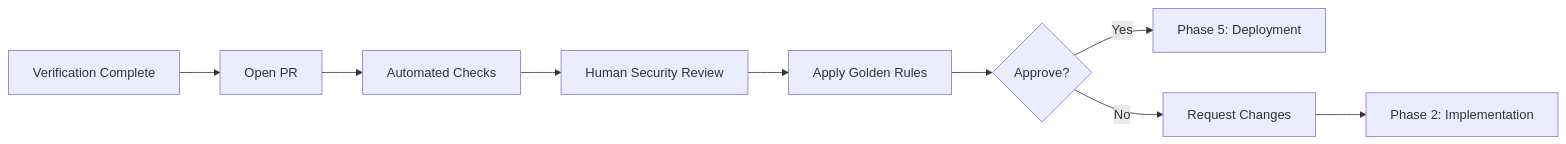
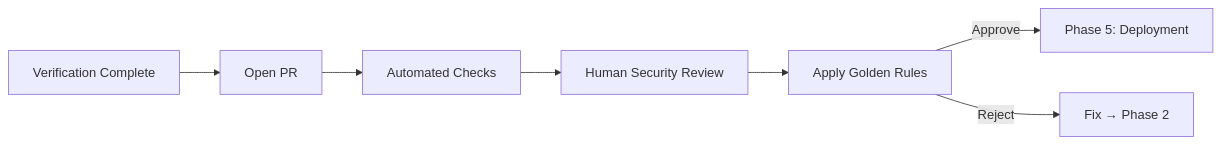
Before and after one commit to AliceNN-ucdenver/MaintainabilityAI: the diagram in site-tw/public/docs/sdlc/phase4-governance.md, drawn with Mermaid. The commit also changed other lines of this file and 99 other files, not shown here.

````diff
--- a/site-tw/public/docs/sdlc/phase4-governance.md
+++ b/site-tw/public/docs/sdlc/phase4-governance.md
@@ -26,11 +18,9 @@
 ```mermaid
 flowchart LR
     A[Verification Complete] --> B[Open PR]
     B --> C[Automated Checks]
     C --> D[Human Security Review]
     D --> E[Apply Golden Rules]
-    E --> F{Approve?}
-    F -->|Yes| G[Phase 5: Deployment]
-    F -->|No| H[Request Changes]
-    H --> I[Phase 2: Implementation]
+    E -->|Approve| F[Phase 5: Deployment]
+    E -->|Reject| G[Fix → Phase 2]
 ```
````
